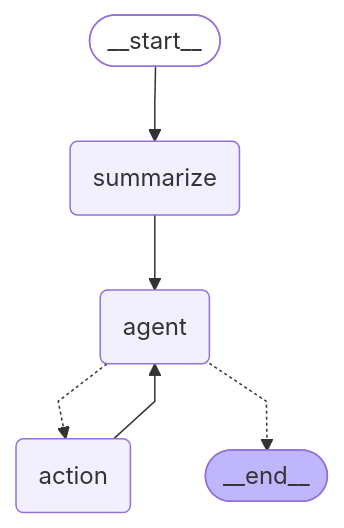
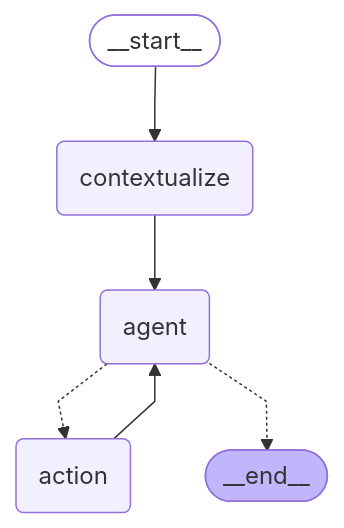
One commit to ductrong203/kma_agent changed the diagram in api/mermaid/react_mermaid.mmd. Above: the diagram before and after it, drawn with Mermaid. The commit also changed 16 other files, not shown here.

```diff
--- a/api/mermaid/react_mermaid.mmd
+++ b/api/mermaid/react_mermaid.mmd
@@ -1,19 +1,19 @@
 ---
 config:
   flowchart:
     curve: linear
 ---
 graph TD;
 	__start__([<p>__start__</p>]):::first
-	summarize(summarize)
+	contextualize(contextualize)
 	agent(agent)
 	action(action)
 	__end__([<p>__end__</p>]):::last
-	__start__ --> summarize;
+	__start__ --> contextualize;
 	action --> agent;
 	agent -.-> action;
-	summarize --> agent;
+	contextualize --> agent;
 	agent -.-> __end__;
 	classDef default fill:#f2f0ff,line-height:1.2
 	classDef first fill-opacity:0
 	classDef last fill:#bfb6fc
```
